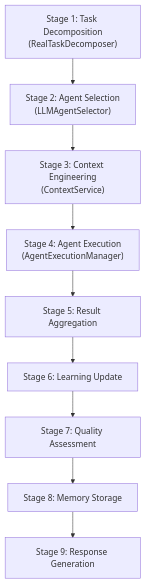
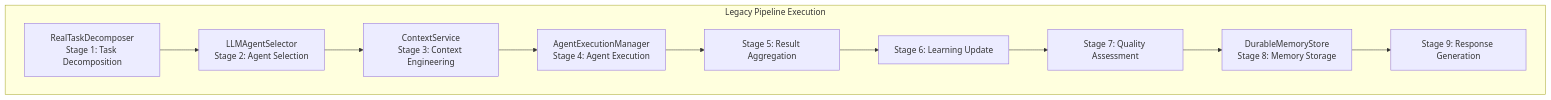
Before and after one commit to AutomatosAI/automatos-ai: the first of 3 diagrams in docs/workflows-recipes/workflow-pipeline-architecture.md, drawn with Mermaid. The commit also changed other lines of this file and 191 other files, not shown here.

````diff
--- a/docs/workflows-recipes/workflow-pipeline-architecture.md
+++ b/docs/workflows-recipes/workflow-pipeline-architecture.md
@@ -52,21 +56,13 @@
 ```mermaid
 graph TB
-    S1["Stage 1: Task Decomposition<br/>(RealTaskDecomposer)"]
-    S2["Stage 2: Agent Selection<br/>(LLMAgentSelector)"]
-    S3["Stage 3: Context Engineering<br/>(ContextService)"]
-    S4["Stage 4: Agent Execution<br/>(AgentExecutionManager)"]
-    S5["Stage 5: Result Aggregation"]
-    S6["Stage 6: Learning Update"]
-    S7["Stage 7: Quality Assessment"]
-    S8["Stage 8: Memory Storage"]
-    S9["Stage 9: Response Generation"]
-    
-    S1 --> S2
-    S2 --> S3
-    S3 --> S4
-    S4 --> S5
-    S5 --> S6
-    S6 --> S7
-    S7 --> S8
-    S8 --> S9
+    subgraph "Legacy Pipeline Execution"
+        S1[""RealTaskDecomposer<br/>Stage 1: Task Decomposition""] --> S2[""LLMAgentSelector<br/>Stage 2: Agent Selection""]
+        S2 --> S3[""ContextService<br/>Stage 3: Context Engineering""]
+        S3 --> S4[""AgentExecutionManager<br/>Stage 4: Agent Execution""]
+        S4 --> S5[""Stage 5: Result Aggregation""]
+        S5 --> S6[""Stage 6: Learning Update""]
+        S6 --> S7[""Stage 7: Quality Assessment""]
+        S7 --> S8[""DurableMemoryStore<br/>Stage 8: Memory Storage""]
+        S8 --> S9[""Stage 9: Response Generation""]
+    end
 ```
````
